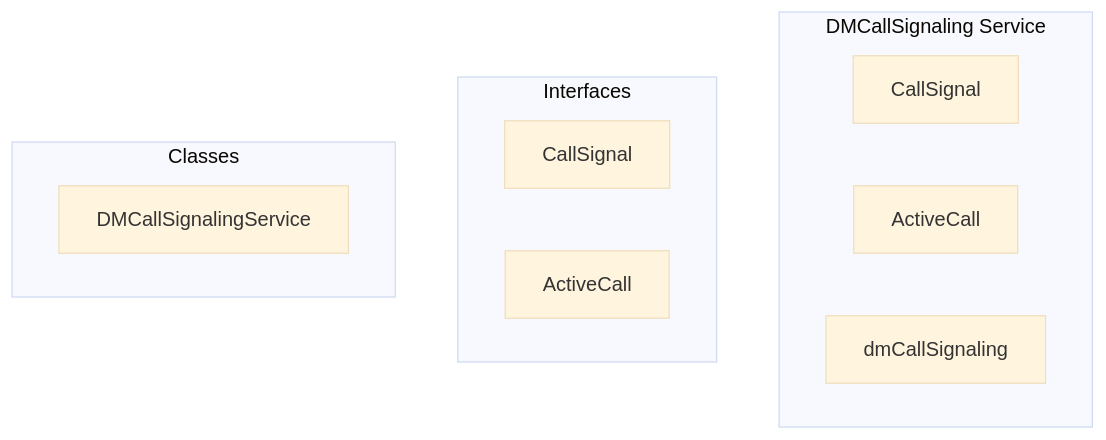
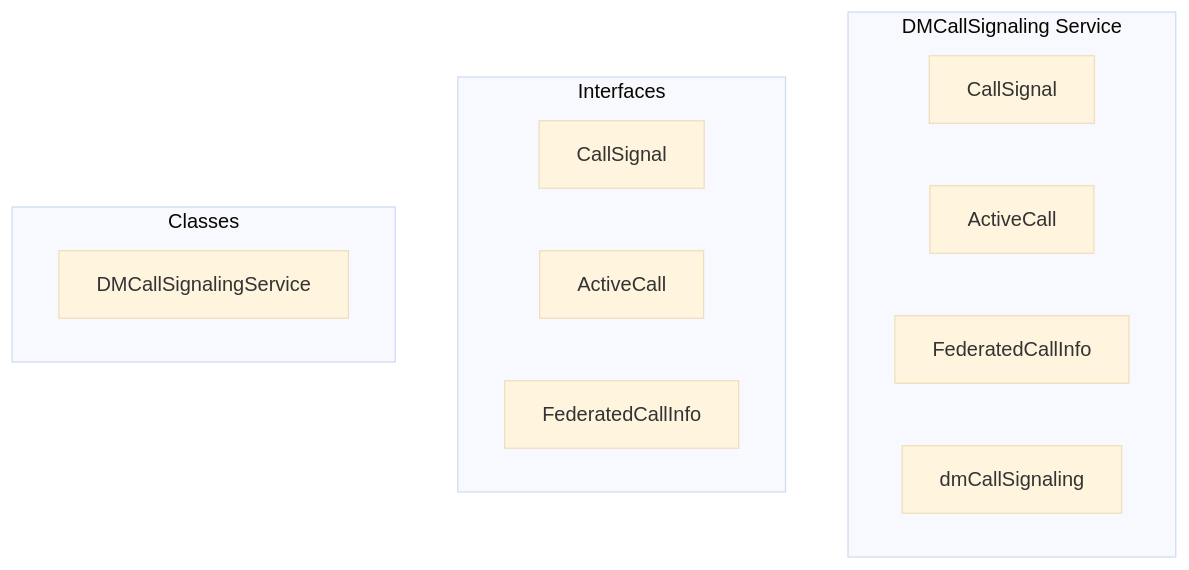
Before and after one commit to y4my4my4m/harmony: the diagram in docs/api/services/dmcallsignaling.md, drawn with Mermaid (base theme). The commit also changed other lines of this file and 211 other files, not shown here.

````diff
--- a/docs/api/services/dmcallsignaling.md
+++ b/docs/api/services/dmcallsignaling.md
@@ -7,17 +7,19 @@
 ```mermaid
 graph TB
     subgraph "DMCallSignaling Service"
         CALLSIGNAL[CallSignal]
         ACTIVECALL[ActiveCall]
+        FEDERATEDCALLINFO[FederatedCallInfo]
         DMCALLSIGNALING[dmCallSignaling]
     end
     
     subgraph "Interfaces"
         INT_CALLSIGNAL[CallSignal]
         INT_ACTIVECALL[ActiveCall]
+        INT_FEDERATEDCALLINFO[FederatedCallInfo]
     end
     
     subgraph "Classes"
         CLS_DMCALLSIGNALINGSERVICE[DMCallSignalingService]
     end
 ```
````
